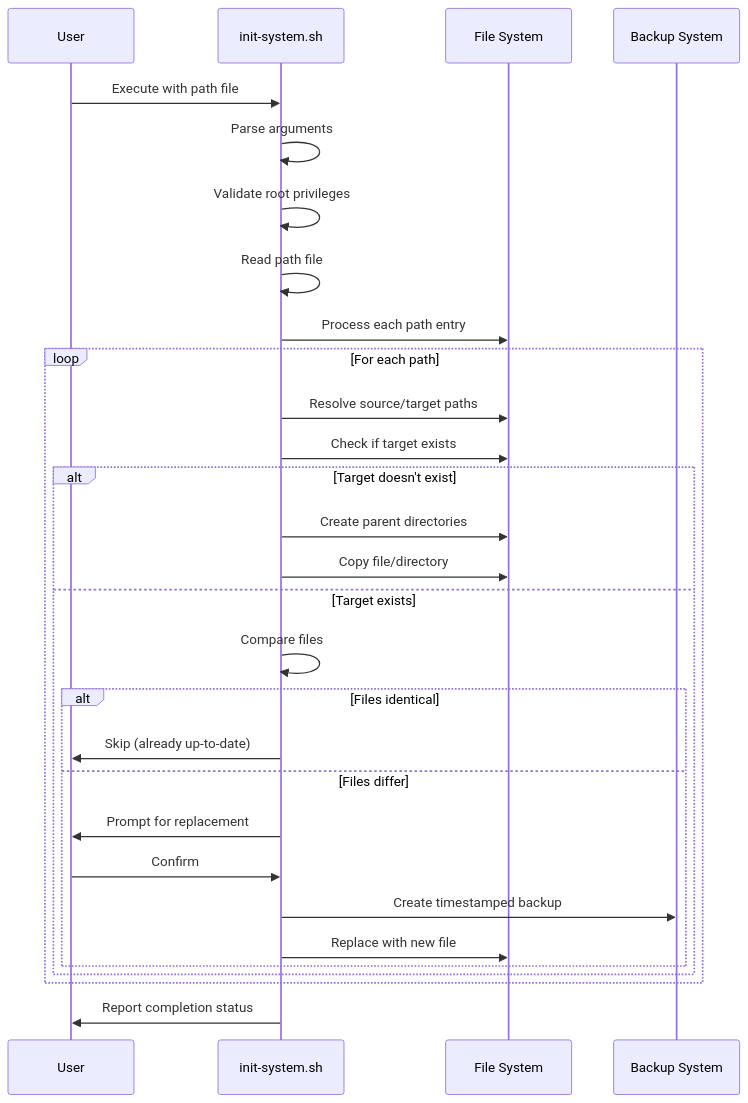
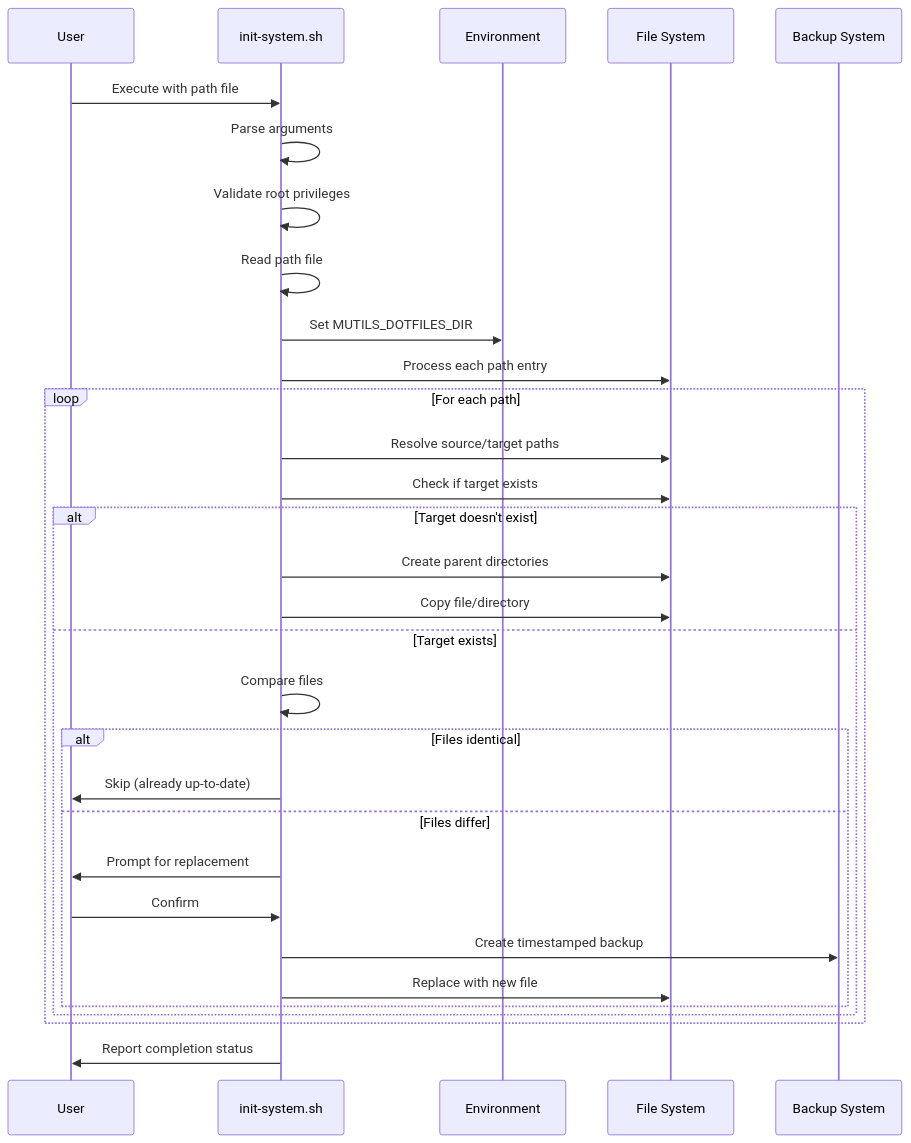
Before and after one commit to cr8ivecodesmith/dotfiles: the fourth of 9 diagrams in .qoder/repowiki/en/content/System Integration/M-Utils System Management.md, drawn with Mermaid. The commit also changed other lines of this file, not shown here.

First line of the commit message:
feat(system): introduce template-based config and system-wide environment management

````diff
--- a/.qoder/repowiki/en/content/System Integration/M-Utils System Management.md
+++ b/.qoder/repowiki/en/content/System Integration/M-Utils System Management.md
@@ -246,31 +285,33 @@
 ```mermaid
 sequenceDiagram
 participant User as User
 participant Script as init-system.sh
+participant Env as Environment
 participant FS as File System
 participant Backup as Backup System
 User->>Script : Execute with path file
 Script->>Script : Parse arguments
 Script->>Script : Validate root privileges
 Script->>Script : Read path file
+Script->>Env : Set MUTILS_DOTFILES_DIR
 Script->>FS : Process each path entry
 loop For each path
 Script->>FS : Resolve source/target paths
 Script->>FS : Check if target exists
 alt Target doesn't exist
 Script->>FS : Create parent directories
 Script->>FS : Copy file/directory
 else Target exists
 Script->>Script : Compare files
 alt Files identical
 Script->>User : Skip (already up-to-date)
 else Files differ
 Script->>User : Prompt for replacement
 User->>Script : Confirm
 Script->>Backup : Create timestamped backup
 Script->>FS : Replace with new file
 end
 end
 end
 Script->>User : Report completion status
 ```
````
